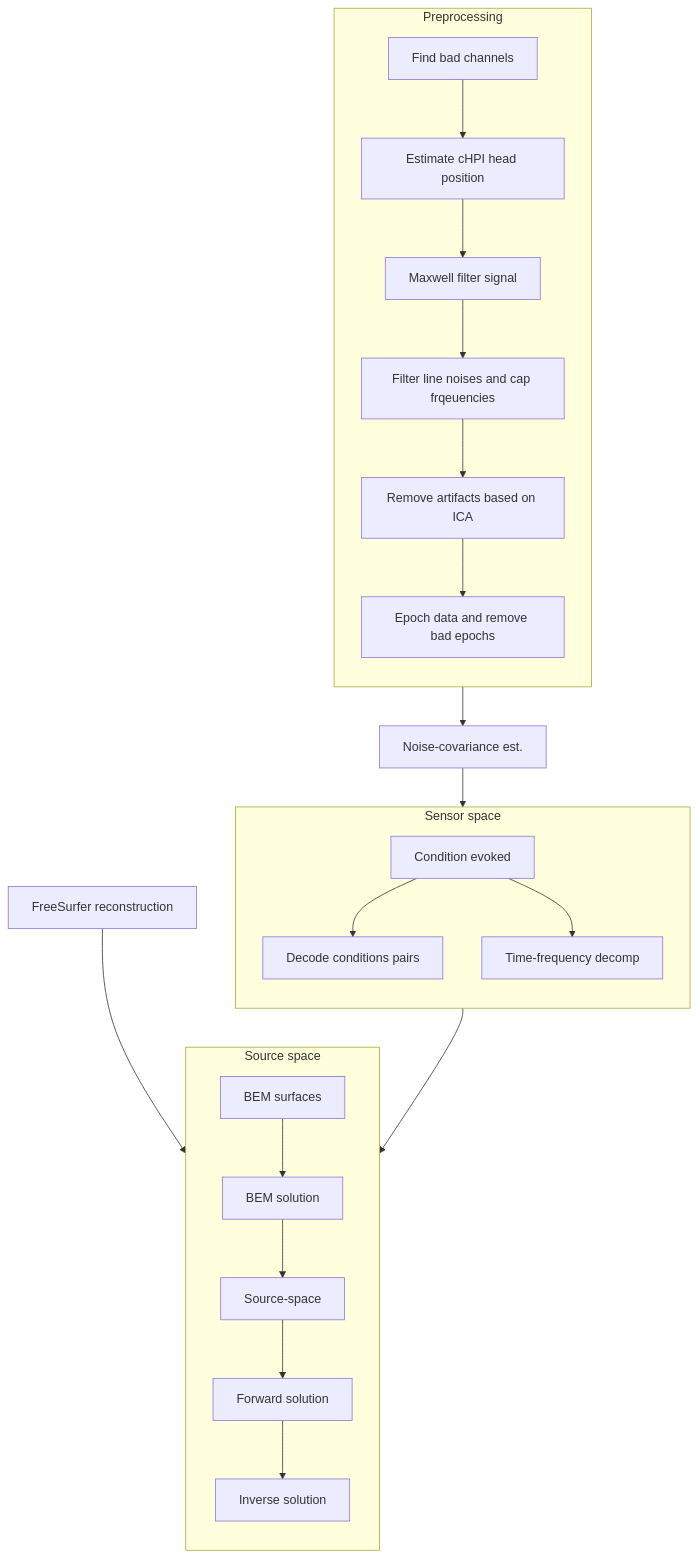
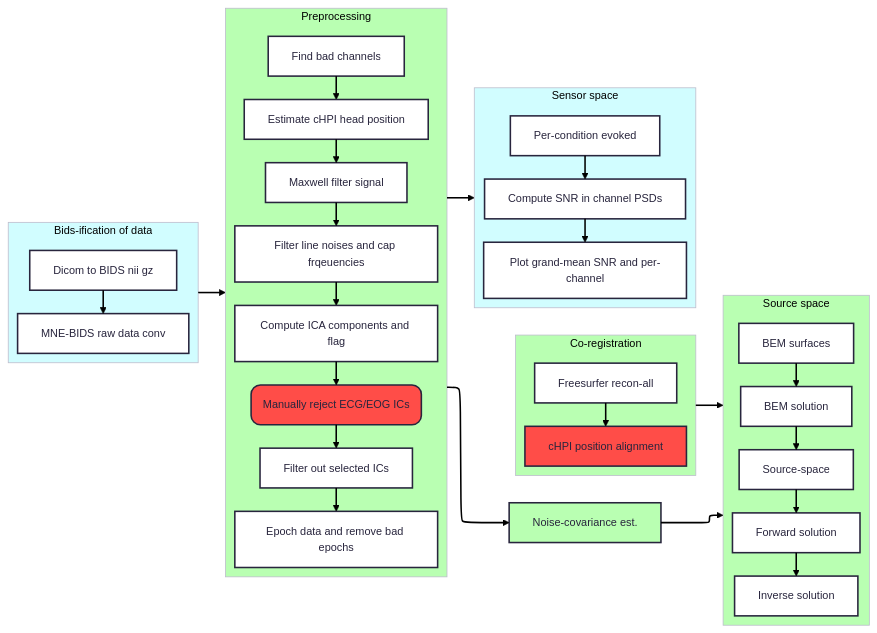
The diagram in docs/Data Analysis/Processing Pipeline.md (neurolingo-lab/syntax-FT), drawn with Mermaid before and after one commit. The commit also changed other lines of this file, not shown here.

Commit message:
Update Processing Pipeline.md
Corresponds to actual pipeline now. Probably.

````diff
--- a/docs/Data Analysis/Processing Pipeline.md
+++ b/docs/Data Analysis/Processing Pipeline.md
@@ -5,31 +7,73 @@
 ```mermaid
-flowchart TB
-	subgraph prepro[Preprocessing]
-		direction TB
-		bads[Find bad channels] --> headpos[Estimate cHPI head position]
-		headpos --> maxfilt[Maxwell filter signal]
-		maxfilt --> ffilt[Filter line noises and cap frqeuencies]
-		ffilt --> artifact[Remove artifacts based on ICA]
-		artifact --> epoch[Epoch data and remove bad epochs]
-	end
-	
-	subgraph sensor[Sensor space]
-		direction TB
-		evoked[Condition evoked] --> decode[Decode conditions pairs]
-		evoked --> timefreq[Time-frequency decomp]
-	end
-	
-	recon[FreeSurfer reconstruction]
+---
+config:
+  theme: redux
+  layout: elk
+---
+flowchart LR
+ subgraph bids[Bids-ification of data]
+    direction TB
+    dcm2bids[Dicom to BIDS nii gz] --> mnebids[MNE-BIDS raw data conv]
+ end
+ subgraph prepro["Preprocessing"]
+    direction TB
+        headpos["Estimate cHPI head position"]
+        bads["Find bad channels"]
+        maxfilt["Maxwell filter signal"]
+        ffilt["Filter line noises and cap frqeuencies"]
+        ica["Compute ICA components and flag"]
+        mansel("Manually reject ECG/EOG ICs")
+        icfilt["Filter out selected ICs"]
+        epoch["Epoch data and remove bad epochs"]
+  end
+ subgraph coreg["Co-registration"]
+    direction TB
+        align["cHPI position alignment"]
+        reconall["Freesurfer recon-all"]
+  end
+ subgraph sensor["Sensor space"]
+    direction TB
+        snr["Compute SNR in channel PSDs"]
+        evoked["Per-condition evoked"]
+        plotsnr["Plot grand-mean SNR and per-channel"]
+  end
+ subgraph source["Source space"]
+    direction TB
+        bemsol["BEM solution"]
+        bem["BEM surfaces"]
+        sourcespace["Source-space"]
+        forward["Forward solution"]
+        inverse["Inverse solution"]
+  end
+    bads --> headpos
+    headpos --> maxfilt
+    maxfilt --> ffilt
+    ffilt --> ica
+    ica --> mansel
+    mansel --> icfilt
+    icfilt --> epoch
+    reconall --> align
+    evoked --> snr
+    snr --> plotsnr
+    bem --> bemsol
+    bemsol --> sourcespace
+    sourcespace --> forward
+    forward --> inverse
+    bids --> prepro
+    prepro --> noisecov["Noise-covariance est."]
+    prepro --> sensor
+    noisecov --> source
+    coreg --> source
+     mansel:::userintStep
+     prepro:::clusterSteps
+     noisecov:::clusterSteps
+     source:::clusterSteps
+     coreg:::clusterSteps
+     sensor:::localSteps
+     bids:::localSteps
+    classDef localSteps fill:#d1fdff
+    classDef clusterSteps fill:#b9ffb2
+    classDef userintStep fill:#ff4d48
+    style align fill:#ff4d48
 
-	subgraph source[Source space]
-		direction TB
-		bem[BEM surfaces] --> bemsol[BEM solution]
-		bemsol --> sourcespace[Source-space]
-		sourcespace --> forward[Forward solution]
-		forward --> inverse[Inverse solution]
-	end
-	prepro --> noisecov[Noise-covariance est.]
-	noisecov --> sensor
-	recon --> source
-	sensor --> source
 ```
````
